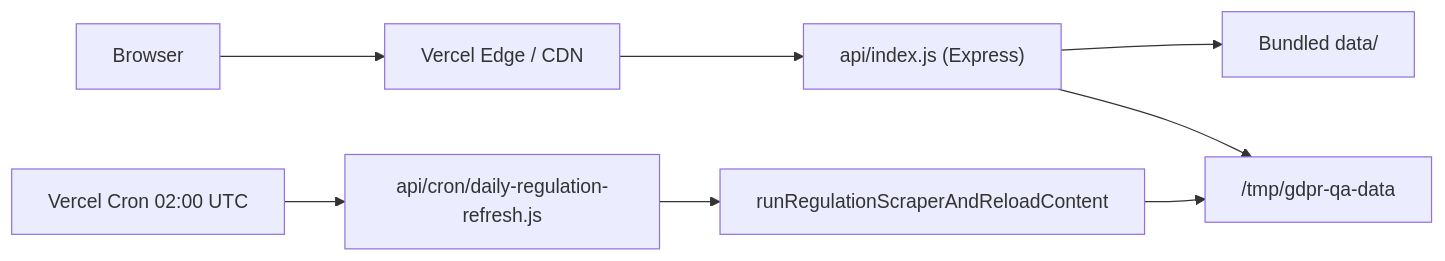
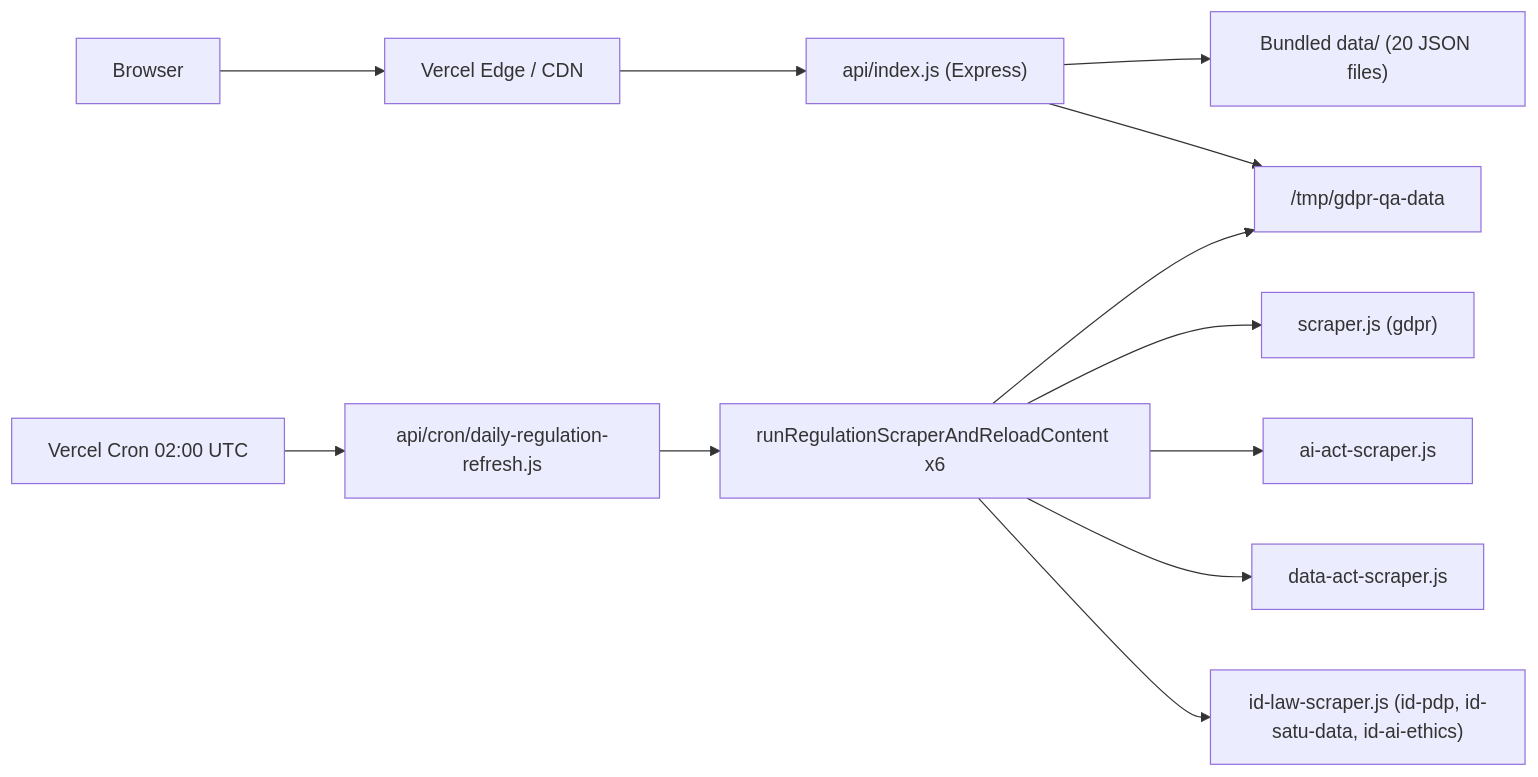
The diagram in docs/VERCEL_DEPLOY.md (RifqiMT/gdpr-qa-platform), drawn with Mermaid before and after one commit. The commit also changed other lines of this file and 54 other files, not shown here.

````diff
--- a/docs/VERCEL_DEPLOY.md
+++ b/docs/VERCEL_DEPLOY.md
@@ -18,10 +18,14 @@
 ```mermaid
 flowchart LR
   User[Browser] --> Vercel[Vercel Edge / CDN]
   Vercel --> API["api/index.js (Express)"]
-  API --> Bundle["Bundled data/"]
+  API --> Bundle["Bundled data/ (20 JSON files)"]
   API --> Tmp["/tmp/gdpr-qa-data"]
   Cron[Vercel Cron 02:00 UTC] --> CronFn["api/cron/daily-regulation-refresh.js"]
-  CronFn --> ETL[runRegulationScraperAndReloadContent]
+  CronFn --> ETL[runRegulationScraperAndReloadContent x6]
   ETL --> Tmp
+  ETL --> S1["scraper.js (gdpr)"]
+  ETL --> S2["ai-act-scraper.js"]
+  ETL --> S3["data-act-scraper.js"]
+  ETL --> S4["id-law-scraper.js (id-pdp, id-satu-data, id-ai-ethics)"]
 ```
````
